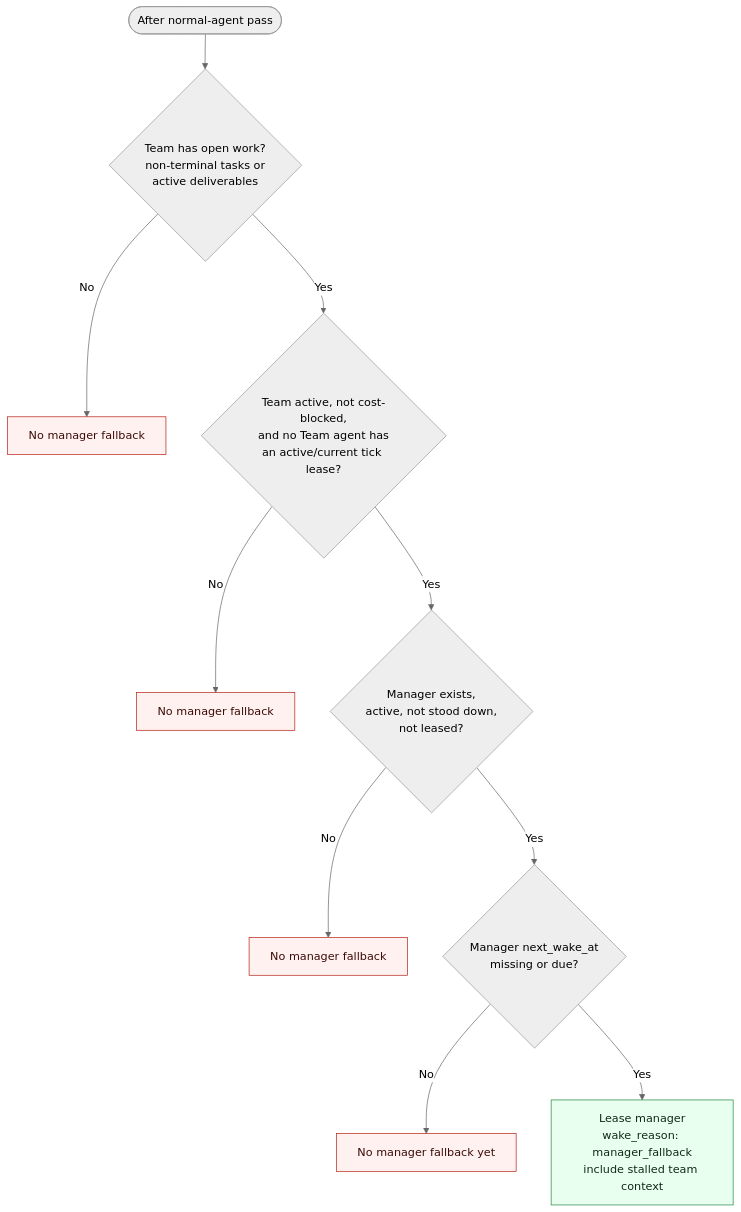
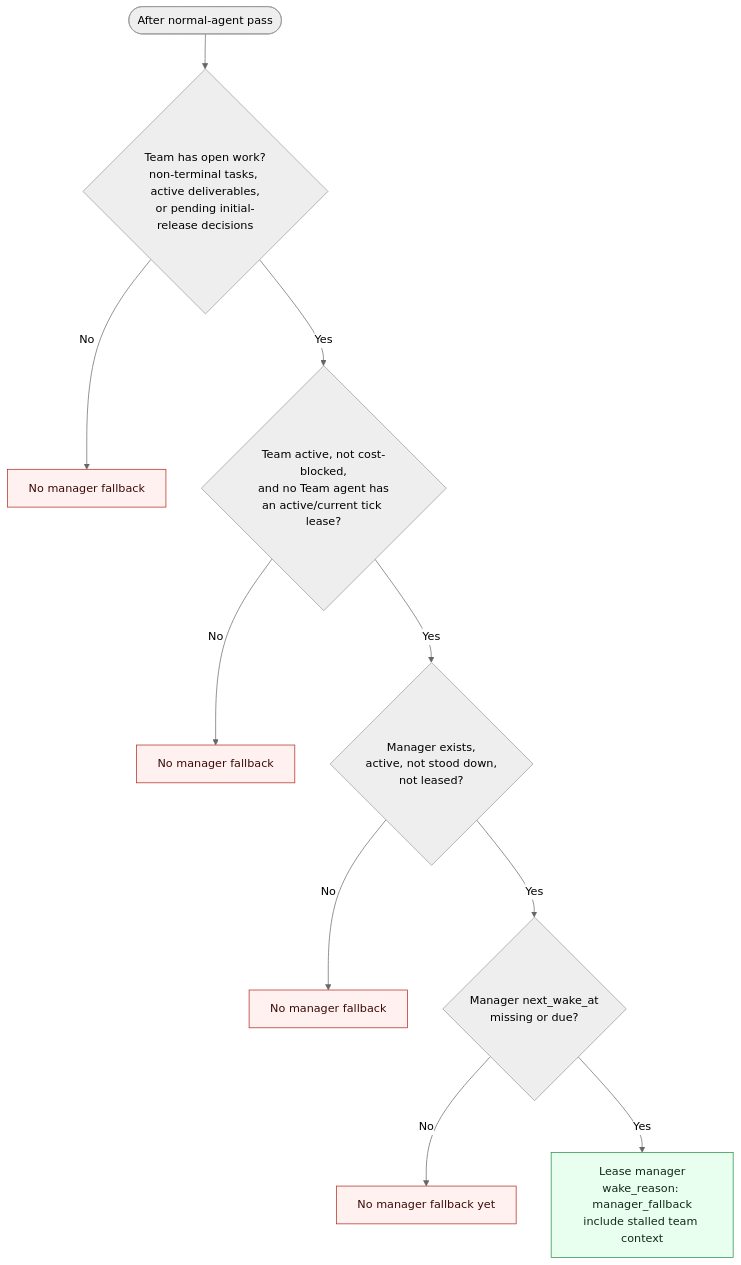
Before and after one commit to QuinthSoftwareSolutions/evander: the seventh of 10 diagrams in docs/team-addon-wake-decision-tree.md, drawn with Mermaid (neutral theme). The commit also changed other lines of this file and 30 other files, not shown here.

Commit message:
fix(team): retain pending initial release decisions

````diff
--- a/docs/team-addon-wake-decision-tree.md
+++ b/docs/team-addon-wake-decision-tree.md
@@ -326,22 +326,22 @@
 ```mermaid
 flowchart TD
     start([After normal-agent pass])
 
-    start --> open_work{"Team has open work?<br/>non-terminal tasks or<br/>active deliverables"}
+    start --> open_work{"Team has open work?<br/>non-terminal tasks, active deliverables,<br/>or pending initial-release decisions"}
     open_work -->|No| skip_no_open["No manager fallback"]
     open_work -->|Yes| team_ok{"Team active, not cost-blocked,<br/>and no Team agent has<br/>an active/current tick lease?"}
 
     team_ok -->|No| skip_team["No manager fallback"]
     team_ok -->|Yes| manager_ok{"Manager exists,<br/>active, not stood down,<br/>not leased?"}
 
     manager_ok -->|No| skip_manager["No manager fallback"]
     manager_ok -->|Yes| interval{"Manager next_wake_at<br/>missing or due?"}
 
     interval -->|No| skip_interval["No manager fallback yet"]
     interval -->|Yes| lease_manager["Lease manager<br/>wake_reason: manager_fallback<br/>include stalled team context"]
 
     classDef wake fill:#e8fff0,stroke:#208a42,color:#102a16;
     classDef skip fill:#fff1f0,stroke:#b42318,color:#3a0b07;
     class lease_manager wake;
     class skip_no_open,skip_team,skip_manager,skip_interval skip;
 ```
````
